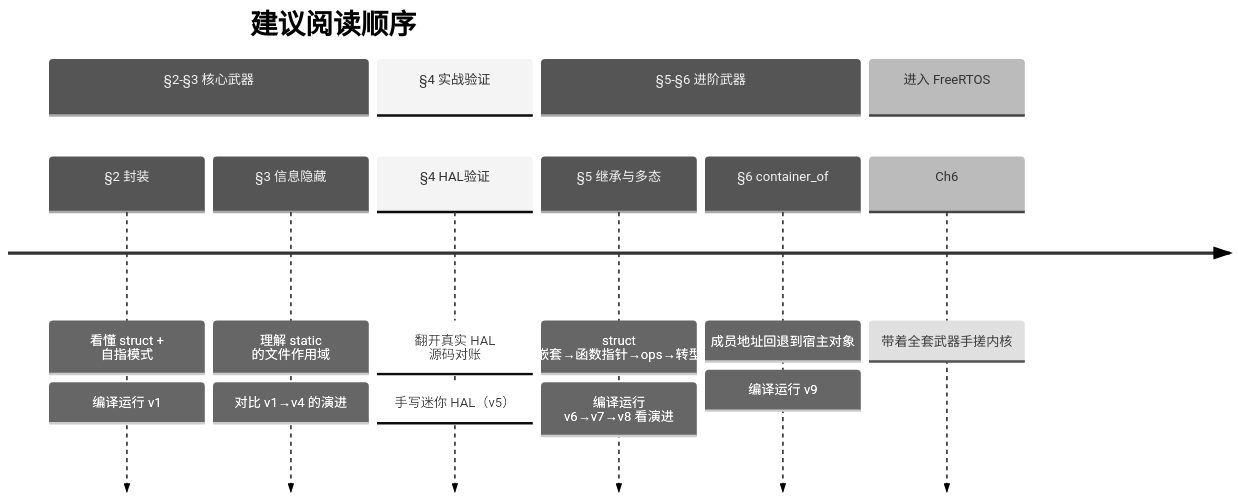
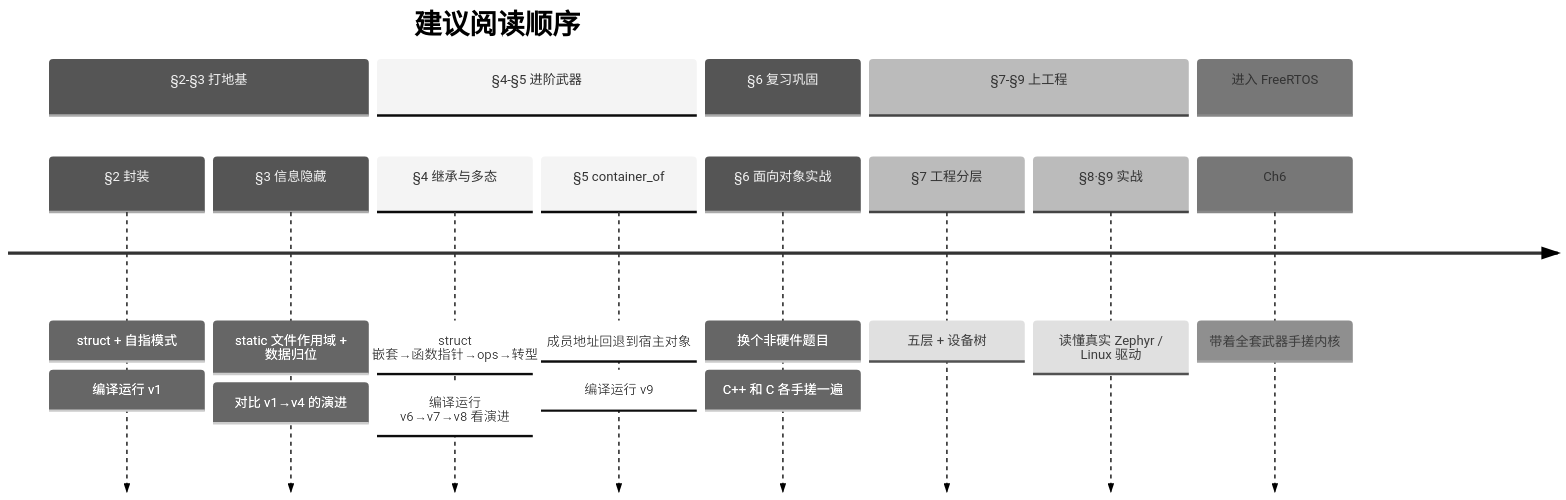
One commit to MosyuSora/STM32F4Learning changed the third of 5 diagrams in tutorials/Chapter5_C语言面向对象工程架构基础/Chapter5_C语言面向对象工程架构基础.md. Above: the diagram before and after it, drawn with Mermaid (neutral theme). The commit also changed other lines of this file and 202 other files, not shown here.

````diff
--- a/tutorials/Chapter5_C语言面向对象工程架构基础/Chapter5_C语言面向对象工程架构基础.md
+++ b/tutorials/Chapter5_C语言面向对象工程架构基础/Chapter5_C语言面向对象工程架构基础.md
@@ -167,19 +175,22 @@
 ```mermaid
 timeline
     title 建议阅读顺序
-    section §2-§3 核心武器
-        §2 封装 : 看懂 struct + 自指模式
+    section §2-§3 打地基
+        §2 封装 : struct + 自指模式
               : 编译运行 v1
-        §3 信息隐藏 : 理解 static 的文件作用域
+        §3 信息隐藏 : static 文件作用域 + 数据归位
               : 对比 v1→v4 的演进
-    section §4 实战验证
-        §4 HAL验证 : 翻开真实 HAL 源码对账
-              : 手写迷你 HAL（v5）
-    section §5-§6 进阶武器
-        §5 继承与多态 : struct 嵌套→函数指针→ops→转型
+    section §4-§5 进阶武器
+        §4 继承与多态 : struct 嵌套→函数指针→ops→转型
               : 编译运行 v6→v7→v8 看演进
-        §6 container_of : 成员地址回退到宿主对象
+        §5 container_of : 成员地址回退到宿主对象
               : 编译运行 v9
+    section §6 复习巩固
+        §6 面向对象实战 : 换个非硬件题目
+              : C++ 和 C 各手搓一遍
+    section §7-§9 上工程
+        §7 工程分层 : 五层 + 设备树
+        §8·§9 实战 : 读懂真实 Zephyr / Linux 驱动
     section 进入 FreeRTOS
         Ch6 : 带着全套武器手搓内核
 ```
````
